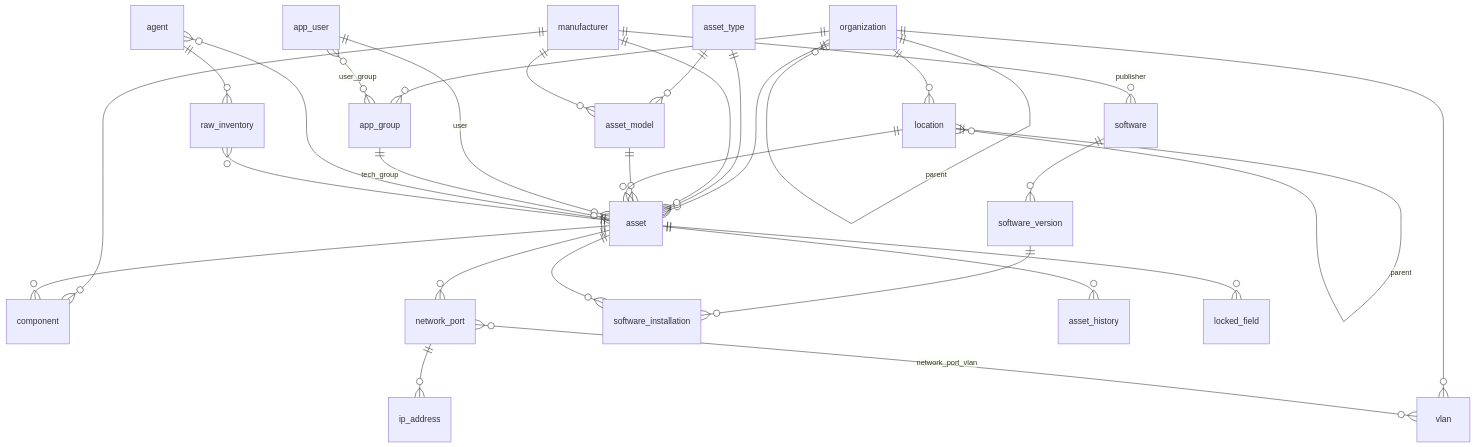
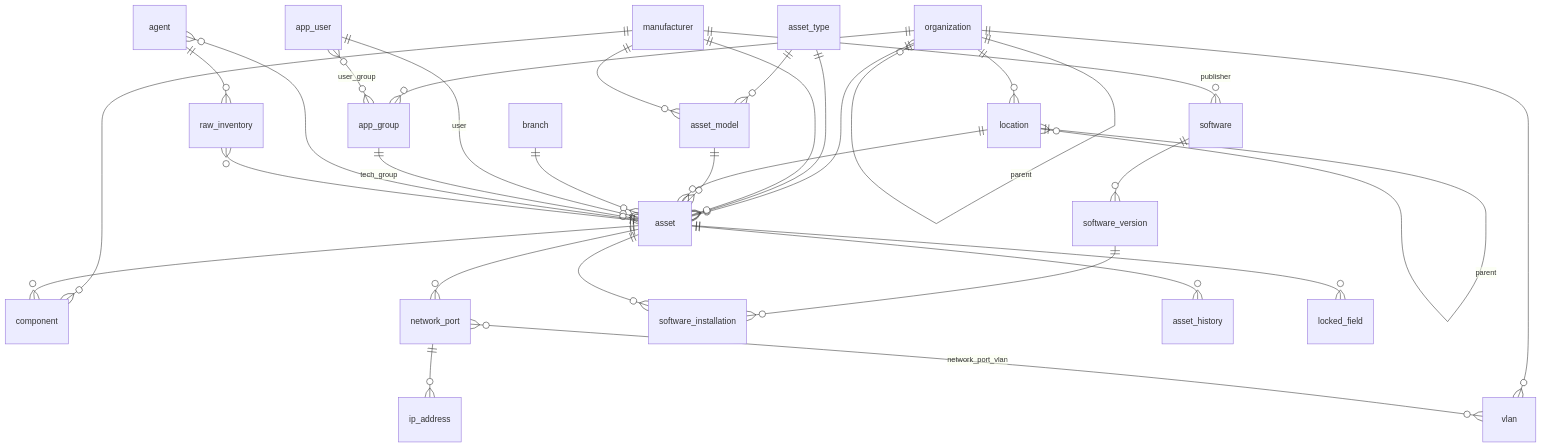
Before and after one commit to ezequielfarina/glpi-bianchi: the diagram in docs/database/README.md, drawn with Mermaid. The commit also changed other lines of this file and 137 other files, not shown here.

````diff
--- a/docs/database/README.md
+++ b/docs/database/README.md
@@ -15,32 +15,33 @@
 ```mermaid
 erDiagram
     organization ||--o{ organization : parent
     organization ||--o{ location : ""
     location ||--o{ location : parent
     organization ||--o{ asset : ""
     organization ||--o{ app_group : ""
     organization ||--o{ vlan : ""
     app_user }o--o{ app_group : user_group
     asset_type ||--o{ asset : ""
     asset_type ||--o{ asset_model : ""
     manufacturer ||--o{ asset_model : ""
     manufacturer ||--o{ asset : ""
     manufacturer ||--o{ component : ""
     manufacturer ||--o{ software : publisher
     asset_model ||--o{ asset : ""
     location ||--o{ asset : ""
+    branch ||--o{ asset : ""
     app_user ||--o{ asset : "user"
     app_group ||--o{ asset : "tech_group"
     asset ||--o{ component : ""
     asset ||--o{ network_port : ""
     network_port ||--o{ ip_address : ""
     network_port }o--o{ vlan : network_port_vlan
     software ||--o{ software_version : ""
     software_version ||--o{ software_installation : ""
     asset ||--o{ software_installation : ""
     asset ||--o{ asset_history : ""
     asset ||--o{ locked_field : ""
     agent }o--|| asset : ""
     agent ||--o{ raw_inventory : ""
     raw_inventory }o--|| asset : ""
 ```
````
